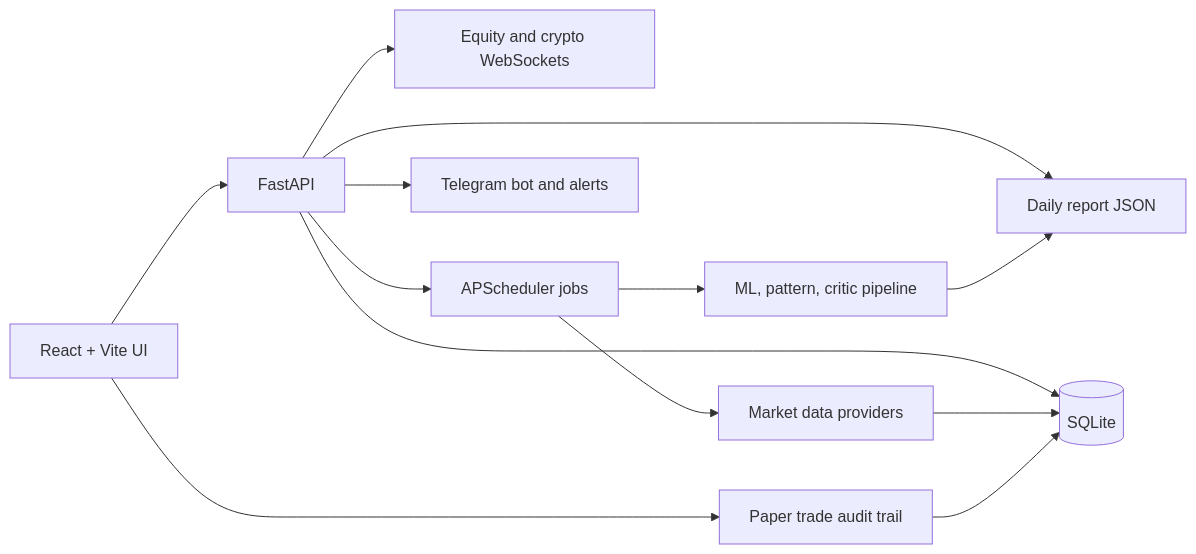
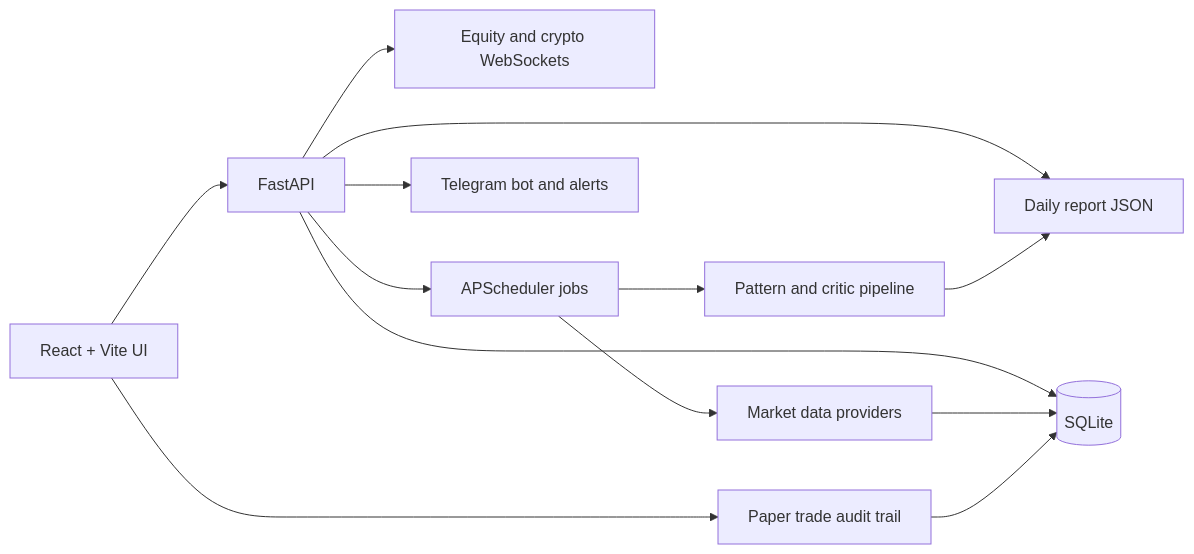
The diagram in README.md (haomingkoo/trader-koo), drawn with Mermaid before and after one commit. The commit also changed other lines of this file and 59 other files, not shown here.

````diff
--- a/README.md
+++ b/README.md
@@ -116,15 +116,15 @@
 ```mermaid
 flowchart LR
   UI[React + Vite UI] --> API[FastAPI]
   API --> DB[(SQLite)]
   API --> Reports[Daily report JSON]
   API --> WS[Equity and crypto WebSockets]
   API --> Scheduler[APScheduler jobs]
   Scheduler --> Providers[Market data providers]
-  Scheduler --> ML[ML, pattern, critic pipeline]
+  Scheduler --> Pipeline[Pattern and critic pipeline]
   Providers --> DB
-  ML --> Reports
+  Pipeline --> Reports
   API --> Telegram[Telegram bot and alerts]
   UI --> Paper[Paper trade audit trail]
   Paper --> DB
 ```
````
